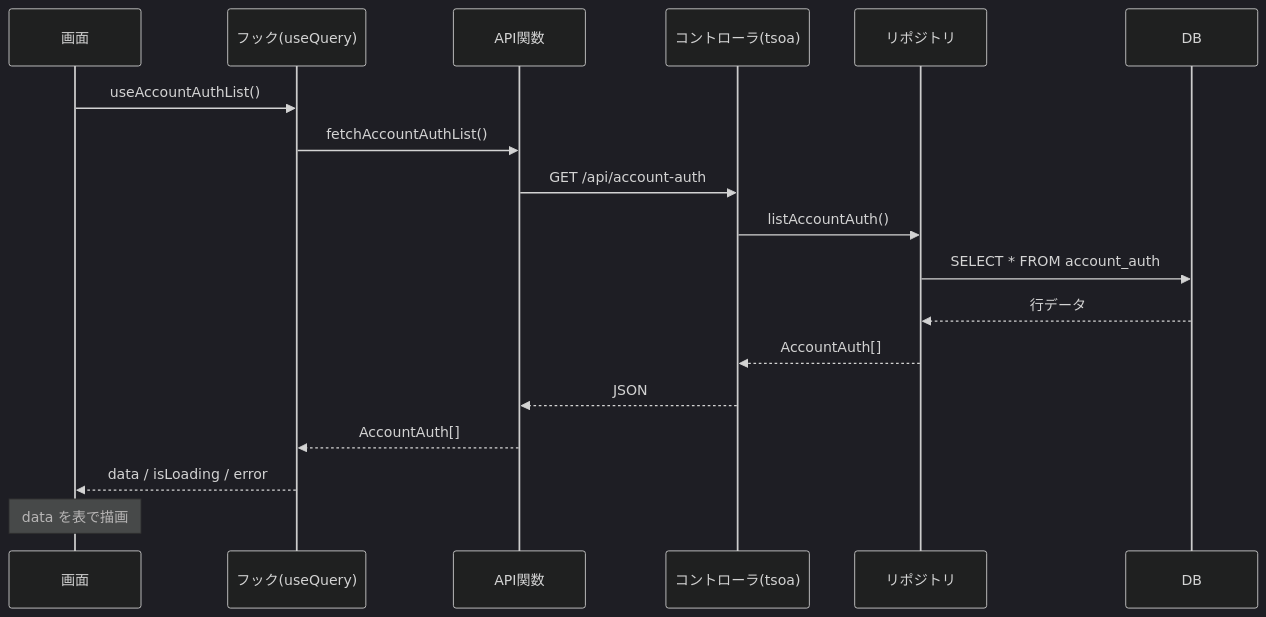
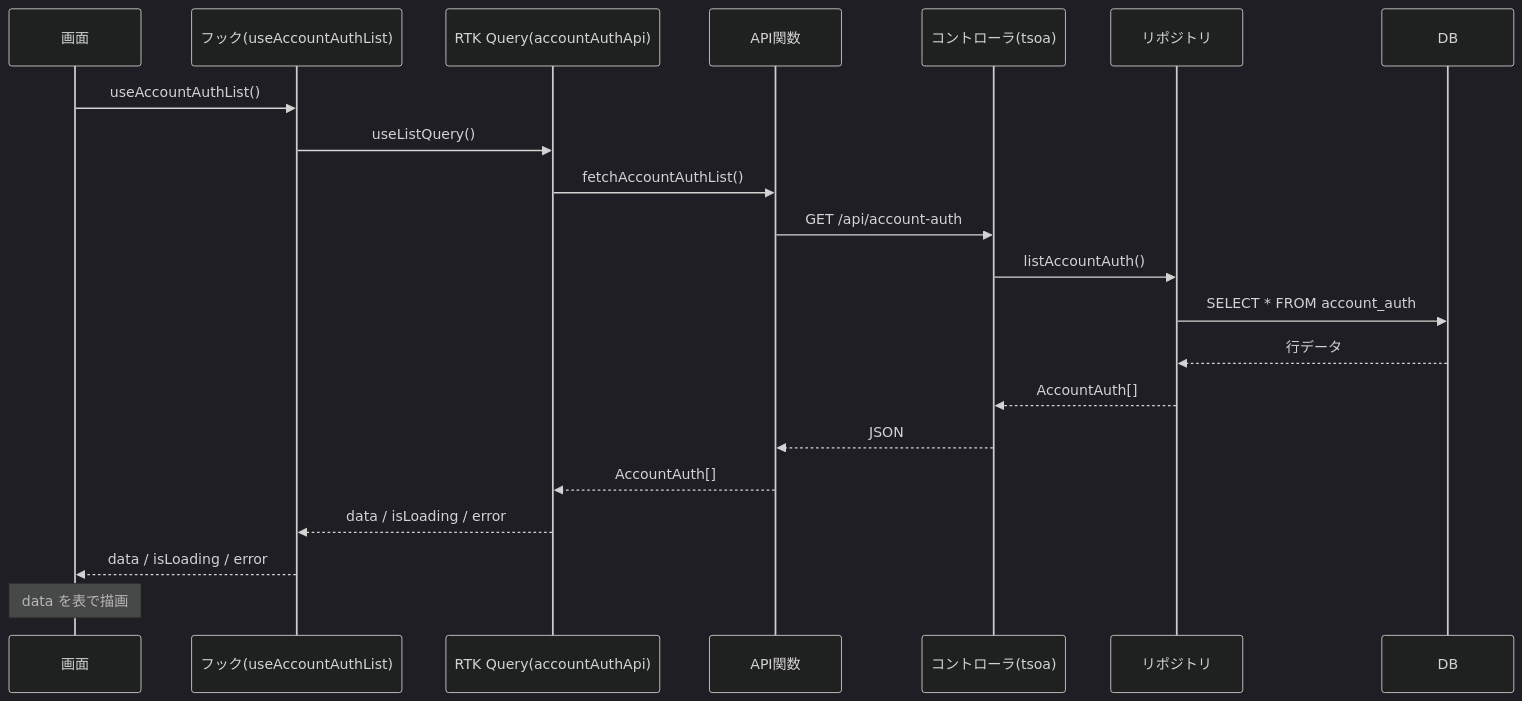
One commit to katsya1117/dmt changed the second of 2 diagrams in docs/画面実装パターン.md. Above: the diagram before and after it, drawn with Mermaid (dark theme). The commit also changed other lines of this file and 24 other files, not shown here.

````diff
--- a/docs/画面実装パターン.md
+++ b/docs/画面実装パターン.md
@@ -61,21 +53,24 @@
 ```mermaid
 sequenceDiagram
   participant P as 画面
-  participant H as フック(useQuery)
+  participant H as フック(useAccountAuthList)
+  participant Q as RTK Query(accountAuthApi)
   participant A as API関数
   participant C as コントローラ(tsoa)
   participant Repo as リポジトリ
   participant D as DB
 
   P->>H: useAccountAuthList()
-  H->>A: fetchAccountAuthList()
+  H->>Q: useListQuery()
+  Q->>A: fetchAccountAuthList()
   A->>C: GET /api/account-auth
   C->>Repo: listAccountAuth()
   Repo->>D: SELECT * FROM account_auth
   D-->>Repo: 行データ
   Repo-->>C: AccountAuth[]
   C-->>A: JSON
-  A-->>H: AccountAuth[]
+  A-->>Q: AccountAuth[]
+  Q-->>H: data / isLoading / error
   H-->>P: data / isLoading / error
   Note over P: data を表で描画
 ```
````
